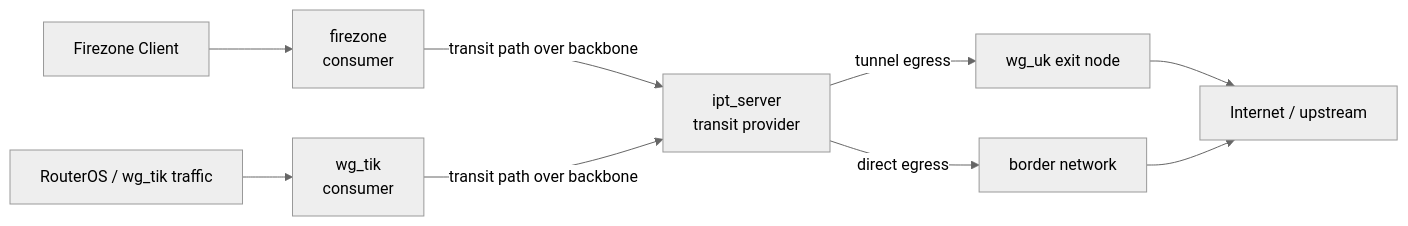
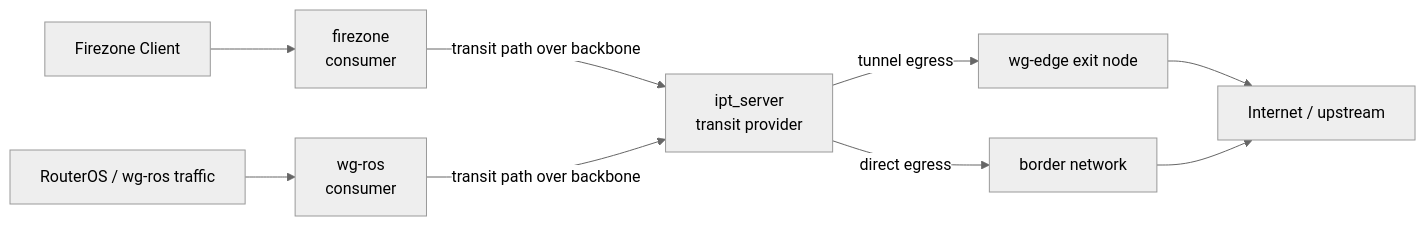
The first of 2 diagrams in roles/backbone_network/files/ospf_injector/frr_injector/transit.md (AlexMKX/garuda), drawn with Mermaid (neutral theme) before and after one commit. The commit also changed other lines of this file and 18 other files, not shown here.

````diff
--- a/roles/backbone_network/files/ospf_injector/frr_injector/transit.md
+++ b/roles/backbone_network/files/ospf_injector/frr_injector/transit.md
@@ -180,13 +176,13 @@
 ```mermaid
 flowchart LR
     Client1[Firezone Client] --> Firezone[firezone\nconsumer]
-    Client2[RouterOS / wg_tik traffic] --> WgTik[wg_tik\nconsumer]
+    Client2[RouterOS / wg-ros traffic] --> WgRos[wg-ros\nconsumer]
 
     Firezone -->|transit path over backbone| Ipt[ipt_server\ntransit provider]
-    WgTik -->|transit path over backbone| Ipt
+    WgRos -->|transit path over backbone| Ipt
 
     Ipt -->|direct egress| Border[border network]
-    Ipt -->|tunnel egress| WgUk[wg_uk exit node]
-    WgUk --> Internet[Internet / upstream]
+    Ipt -->|tunnel egress| WgEdge[wg-edge exit node]
+    WgEdge --> Internet[Internet / upstream]
     Border --> Internet
 ```
````
